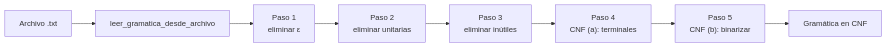
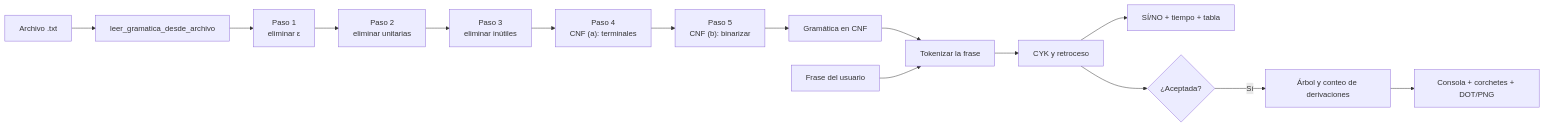
Before and after one commit to Lazaroo1/proyecto2-ToC: the second of 3 diagrams in docs/reporte.md, drawn with Mermaid. The commit also changed other lines of this file, not shown here.

Commit message:
docs: documentar el diseño de CYK y del parse tree

````diff
--- a/docs/reporte.md
+++ b/docs/reporte.md
@@ -51,10 +56,17 @@
 ```mermaid
 flowchart LR
     A["Archivo .txt"] --> B["leer_gramatica_desde_archivo"]
     B --> C["Paso 1<br/>eliminar ε"]
     C --> D["Paso 2<br/>eliminar unitarias"]
     D --> E["Paso 3<br/>eliminar inútiles"]
     E --> F["Paso 4<br/>CNF (a): terminales"]
     F --> G["Paso 5<br/>CNF (b): binarizar"]
     G --> H["Gramática en CNF"]
+    H --> I["Tokenizar la frase"]
+    W["Frase del usuario"] --> I
+    I --> J["CYK y retroceso"]
+    J --> K["SÍ/NO + tiempo + tabla"]
+    J --> L{"¿Aceptada?"}
+    L -->|Sí| M["Árbol y conteo de derivaciones"]
+    M --> N["Consola + corchetes + DOT/PNG"]
 ```
````
